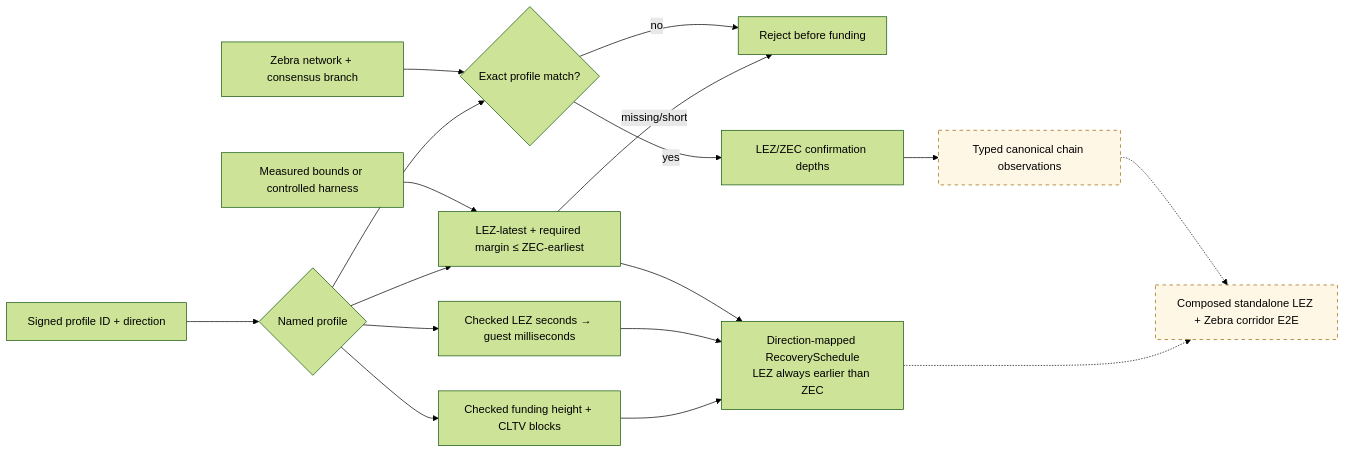
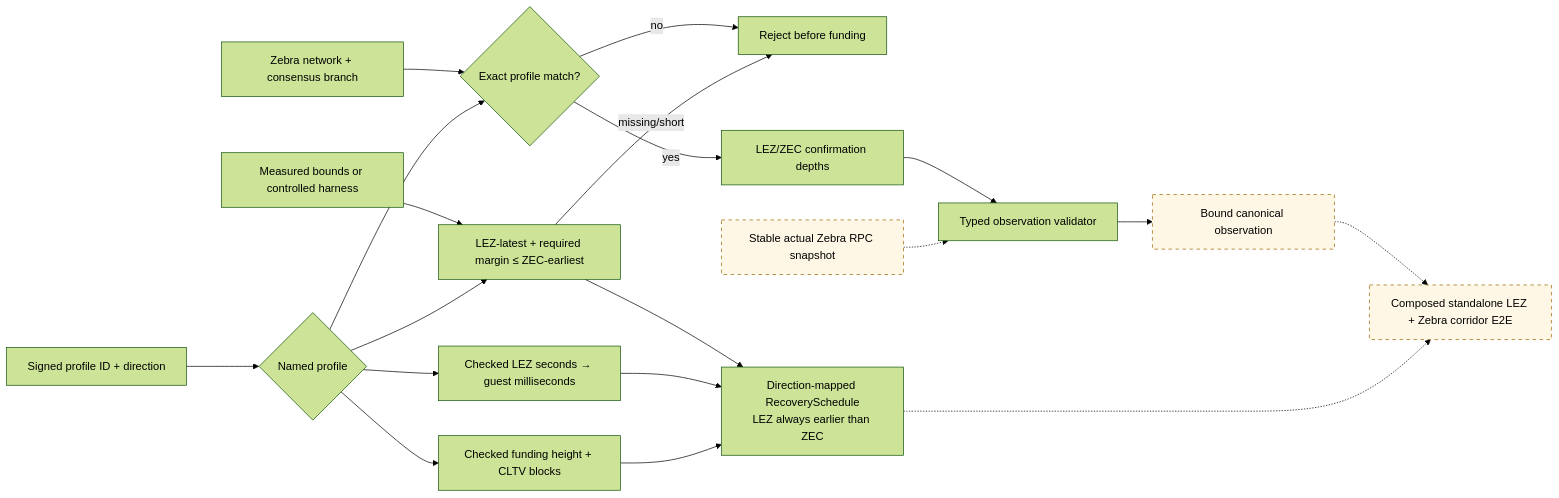
One commit to gateway-fm/lez-atomic-swaps changed the sixth of 9 diagrams in docs/architecture/system-architecture.md. Above: the diagram before and after it, drawn with Mermaid (forest theme). The commit also changed other lines of this file and 7 other files, not shown here.

Commit message:
feat: validate canonical Zcash observations

````diff
--- a/docs/architecture/system-architecture.md
+++ b/docs/architecture/system-architecture.md
@@ -273,22 +273,24 @@
 ```mermaid
 flowchart LR
     Terms["Signed profile ID + direction"] --> Select{"Named profile"}
     Node["Zebra network + consensus branch"] --> Validate{"Exact profile match?"}
     Select --> Validate
     Validate -->|"no"| Reject["Reject before funding"]
     Validate -->|"yes"| Depths["LEZ/ZEC confirmation depths"]
     Select --> LezDeadline["Checked LEZ seconds → guest milliseconds"]
     Select --> ZecDeadline["Checked funding height + CLTV blocks"]
     Telemetry["Measured bounds or controlled harness"] --> Safety["LEZ-latest + required margin ≤ ZEC-earliest"]
     Select --> Safety
     Safety -->|"missing/short"| Reject
     Safety --> Schedule["Direction-mapped RecoverySchedule<br/>LEZ always earlier than ZEC"]
-    Depths --> Observe["Typed canonical chain observations"]
+    Depths --> Validator["Typed observation validator"]
+    ZebraRPC["Stable actual Zebra RPC snapshot"] -.-> Validator
+    Validator --> Observe["Bound canonical observation"]
     LezDeadline --> Schedule
     ZecDeadline --> Schedule
     Observe -.-> Composed["Composed standalone LEZ + Zebra corridor E2E"]
     Schedule -.-> Composed
 
     classDef planned stroke-dasharray: 5 5,fill:#fff7e6,stroke:#9a6700;
-    class Observe,Composed planned;
+    class ZebraRPC,Observe,Composed planned;
 ```
````
